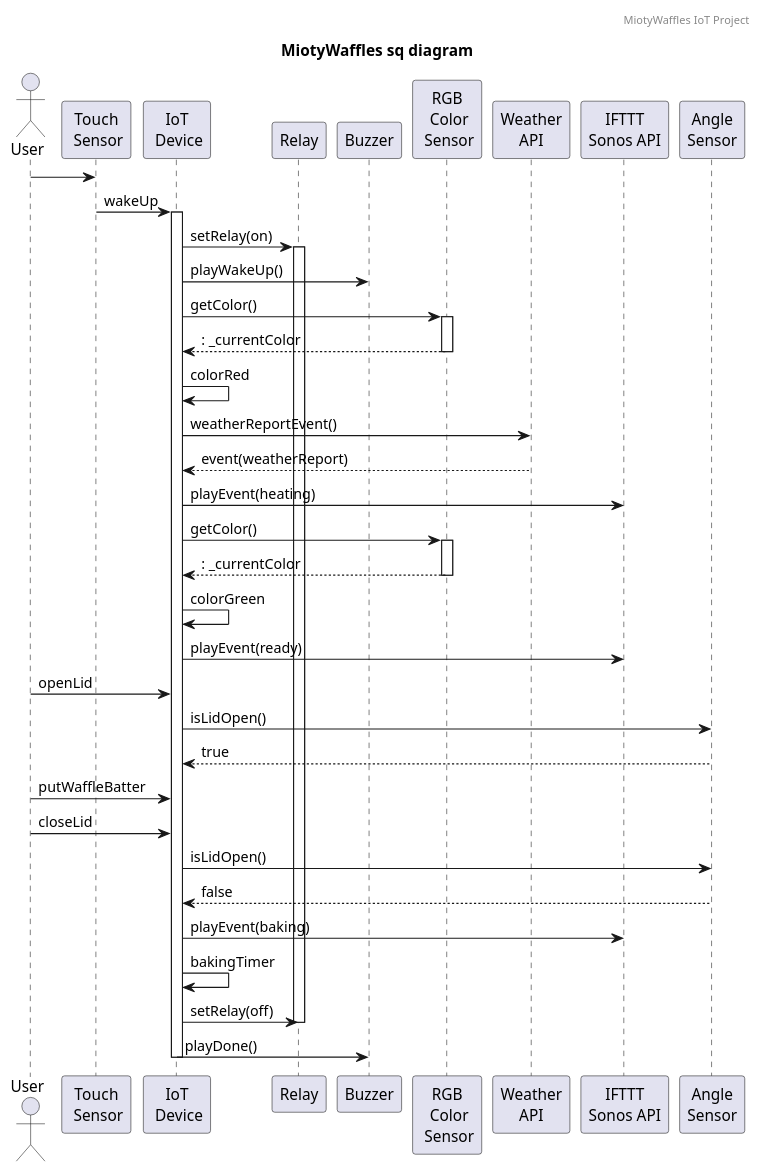
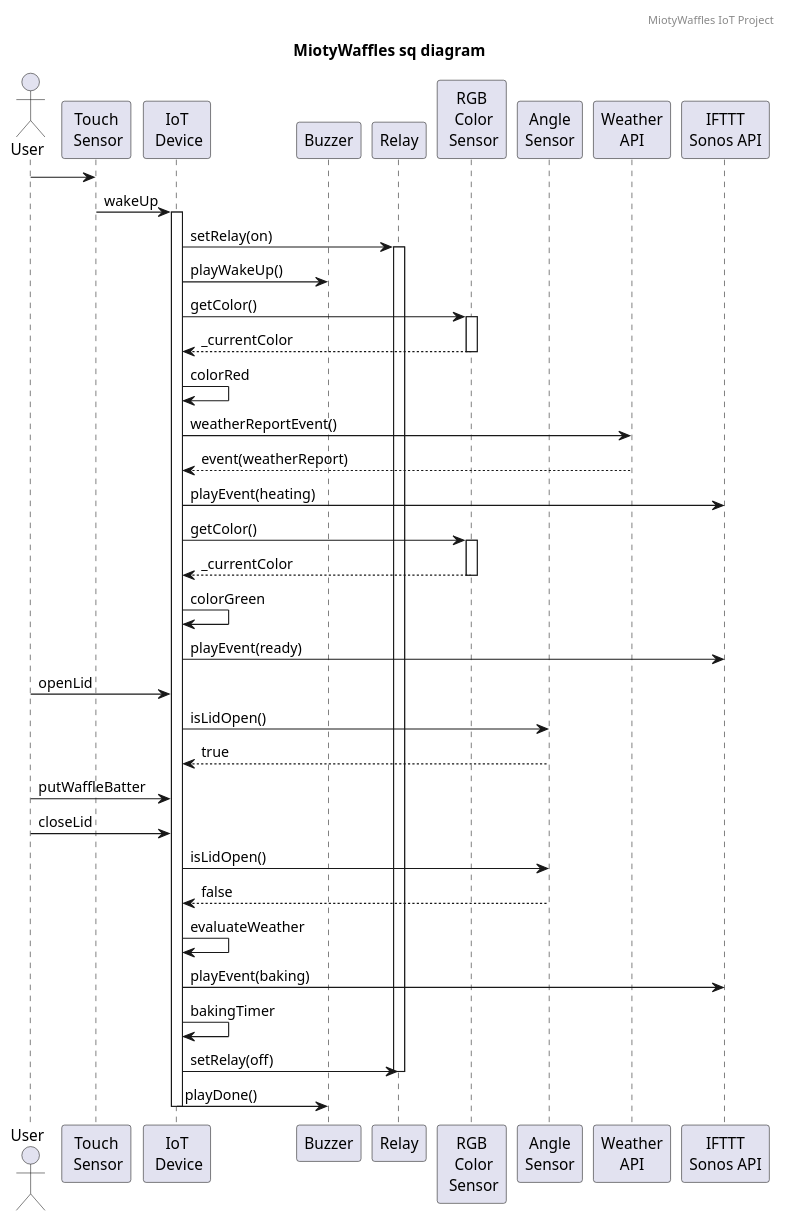
Before and after one commit to VintherWolf/miotywaffles: the diagram in doc/Bilag/03_Diagrammer/sd-miotywaffles.iuml, drawn with PlantUML. The commit also changed 2 other files, not shown here.

Commit message:
Update readme and plant UML

```diff
--- a/doc/Bilag/03_Diagrammer/sd-miotywaffles.iuml
+++ b/doc/Bilag/03_Diagrammer/sd-miotywaffles.iuml
@@ -1,36 +1,48 @@
 @startuml
 header MiotyWaffles IoT Project
 title MiotyWaffles sq diagram
+
+participant "Touch\n Sensor" order 10
+participant "IoT\n Device" order 20
+participant "Buzzer" order 30
+participant "Relay" order 40
+participant "RGB\n Color\n Sensor" order 50
+participant "Angle\nSensor" order 60
+participant "Weather\nAPI" order 70
+participant "IFTTT\nSonos API" order 80
+
 actor User
 User -> "Touch\n Sensor"
 "Touch\n Sensor" -> "IoT\n Device" : wakeUp
 activate "IoT\n Device"
+
 "IoT\n Device" -> "Relay" : setRelay(on)
 activate "Relay"
 "IoT\n Device" -> "Buzzer" : playWakeUp()
 "IoT\n Device" -> "RGB\n Color\n Sensor" : getColor()
 activate "RGB\n Color\n Sensor"
-return : _currentColor
+return _currentColor
 "IoT\n Device" -> "IoT\n Device" : colorRed
 "IoT\n Device" -> "Weather\nAPI" : weatherReportEvent()
 "IoT\n Device" <-- "Weather\nAPI" : event(weatherReport)
 "IoT\n Device" -> "IFTTT\nSonos API" : playEvent(heating)
 "IoT\n Device" -> "RGB\n Color\n Sensor" : getColor()
 activate "RGB\n Color\n Sensor"
-return : _currentColor
+return _currentColor
 "IoT\n Device" -> "IoT\n Device" : colorGreen
 "IoT\n Device" -> "IFTTT\nSonos API" : playEvent(ready)
 User -> "IoT\n Device" : openLid
 "IoT\n Device" -> "Angle\nSensor" : isLidOpen()
 "Angle\nSensor" --> "IoT\n Device" : true
 User -> "IoT\n Device" : putWaffleBatter
 User -> "IoT\n Device" : closeLid
 "IoT\n Device" -> "Angle\nSensor" : isLidOpen()
 "Angle\nSensor" --> "IoT\n Device" : false
+"IoT\n Device" -> "IoT\n Device" : evaluateWeather
 "IoT\n Device" -> "IFTTT\nSonos API" : playEvent(baking)
 "IoT\n Device" -> "IoT\n Device" : bakingTimer
 "IoT\n Device" -> "Relay" : setRelay(off)
 deactivate "Relay"
 "IoT\n Device" -> "Buzzer" : playDone()
 deactivate "IoT\n Device"
 @enduml
```
